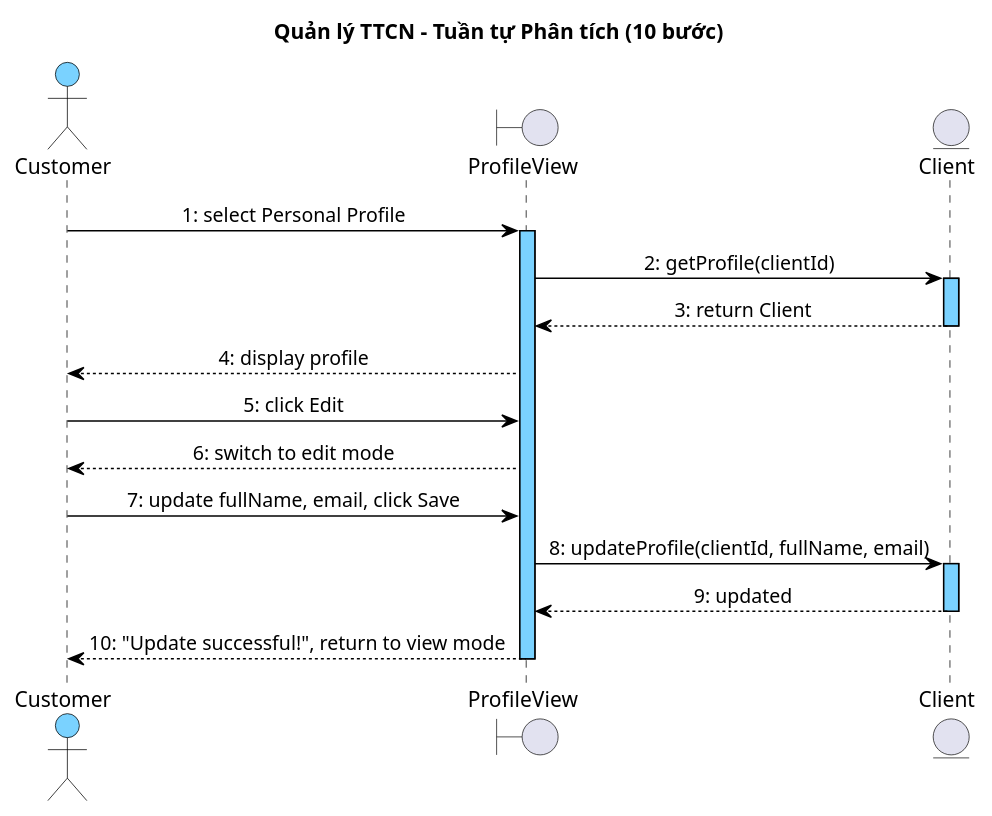
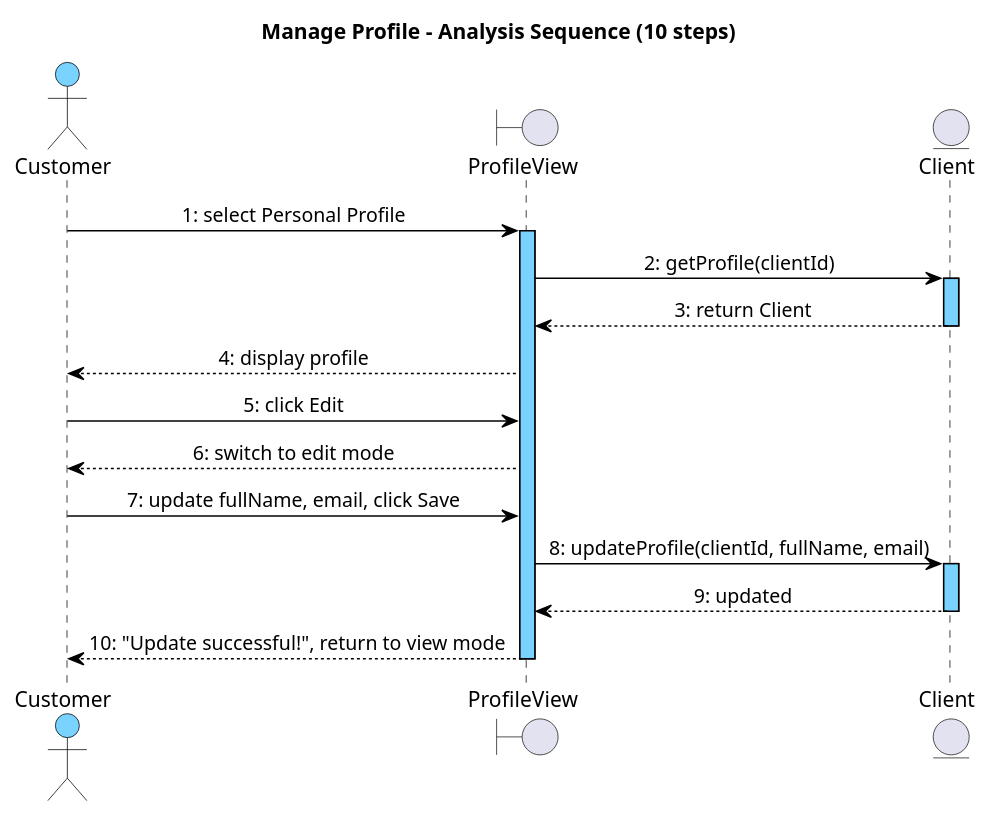
Before and after one commit to thanhtrnnn/cnpm: the sixth of 7 diagrams in docs/tabs/account/ii-analysis.md, drawn with PlantUML. The commit also changed other lines of this file and 13 other files, not shown here.

First line of the commit message:
fix: English-only sequence diagrams + independent abstractNum per numbered list

````diff
--- a/docs/tabs/account/ii-analysis.md
+++ b/docs/tabs/account/ii-analysis.md
@@ -621,46 +621,46 @@
 ```plantuml
 @startuml
 skinparam shadowing false
 skinparam SequenceMessageAlign left
 skinparam sequenceMessageAlign center
 skinparam sequenceArrowThickness 1
 skinparam sequenceLifeLineBorderColor #000000
 skinparam sequenceLifeLineBackgroundColor #7AD2FF
 skinparam sequenceParticipantBackgroundColor #7AD2FF
 skinparam sequenceParticipantBorderColor #000000
 skinparam sequenceParticipantFontColor #000000
 skinparam sequenceArrowColor #000000
 skinparam sequenceArrowFontColor #000000
 skinparam sequenceGroupBorderColor #000000
 skinparam sequenceGroupBackgroundColor #DDEEFF
 skinparam sequenceDividerBorderColor #000000
 skinparam sequenceDividerBackgroundColor #DDEEFF
 skinparam sequenceMessageFontColor #000000
 skinparam sequenceMessageFontSize 10
 skinparam sequenceActorBorderColor #000000
 skinparam sequenceActorBackgroundColor #7AD2FF
 skinparam sequenceActorFontColor #000000
-title Quản lý TTCN – Tuần tự Phân tích (10 bước)
+title Manage Profile – Analysis Sequence (10 steps)
 
 actor "Customer" as Actor
 boundary ProfileView as B1
 entity Client as E1
 
 Actor -> B1 : 1: select Personal Profile
 activate B1
 B1 -> E1 : 2: getProfile(clientId)
 activate E1
 E1 --> B1 : 3: return Client
 deactivate E1
 B1 --> Actor : 4: display profile
 Actor -> B1 : 5: click Edit
 B1 --> Actor : 6: switch to edit mode
 Actor -> B1 : 7: update fullName, email, click Save
 B1 -> E1 : 8: updateProfile(clientId, fullName, email)
 activate E1
 E1 --> B1 : 9: updated
 deactivate E1
 B1 --> Actor : 10: "Update successful!", return to view mode
 deactivate B1
 @enduml
 ```
````
